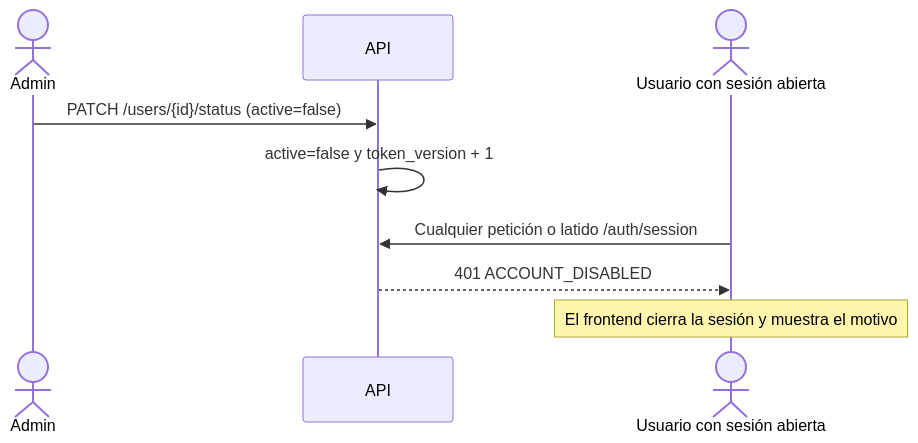
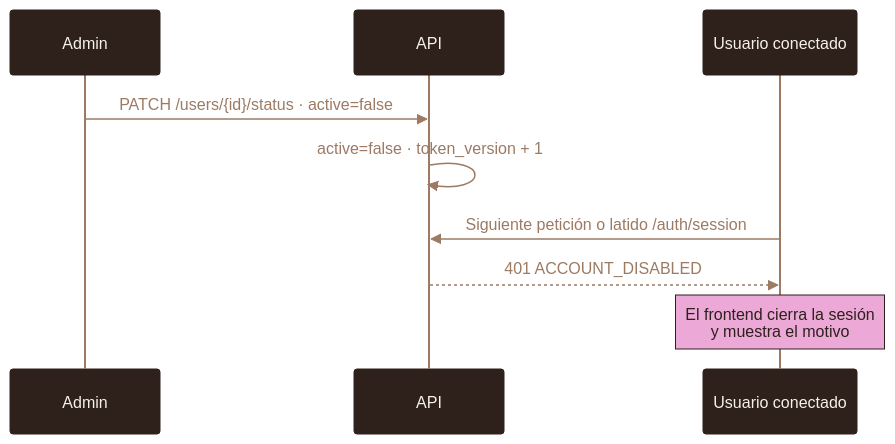
One commit to HotelGotitass/Hotel changed the sixth of 8 diagrams in README.md. Above: the diagram before and after it, drawn with Mermaid. The commit also changed other lines of this file, not shown here.

Commit message:
docs: rediseno del README con encabezado, tarjetas y diagramas con la paleta de marca

````diff
--- a/README.md
+++ b/README.md
@@ -118,11 +148,12 @@
 ```mermaid
+%%{init: {"theme":"base","themeVariables":{"primaryColor":"#F7F1E8","primaryTextColor":"#2E211B","primaryBorderColor":"#2E211B","lineColor":"#9C7A63","secondaryColor":"#ECA8D6","tertiaryColor":"#FBF8F3","edgeLabelBackground":"#F7F1E8","noteBkgColor":"#ECA8D6","noteTextColor":"#2E211B","noteBorderColor":"#2E211B","actorBkg":"#2E211B","actorTextColor":"#F7F1E8","actorBorder":"#2E211B","actorLineColor":"#9C7A63","signalColor":"#9C7A63","signalTextColor":"#9C7A63","labelBoxBkgColor":"#ECA8D6","labelTextColor":"#2E211B","loopTextColor":"#9C7A63","attributeBackgroundColorOdd":"#FBF8F3","attributeBackgroundColorEven":"#F7F1E8"}}}%%
 sequenceDiagram
-    actor A as Admin
+    participant A as Admin
     participant API as API
-    actor U as Usuario con sesión abierta
-    A->>API: PATCH /users/{id}/status (active=false)
-    API->>API: active=false y token_version + 1
-    U->>API: Cualquier petición o latido /auth/session
+    participant U as Usuario conectado
+    A->>API: PATCH /users/{id}/status · active=false
+    API->>API: active=false · token_version + 1
+    U->>API: Siguiente petición o latido /auth/session
     API-->>U: 401 ACCOUNT_DISABLED
-    Note over U: El frontend cierra la sesión y muestra el motivo
+    Note over U: El frontend cierra la sesión<br/>y muestra el motivo
 ```
````
